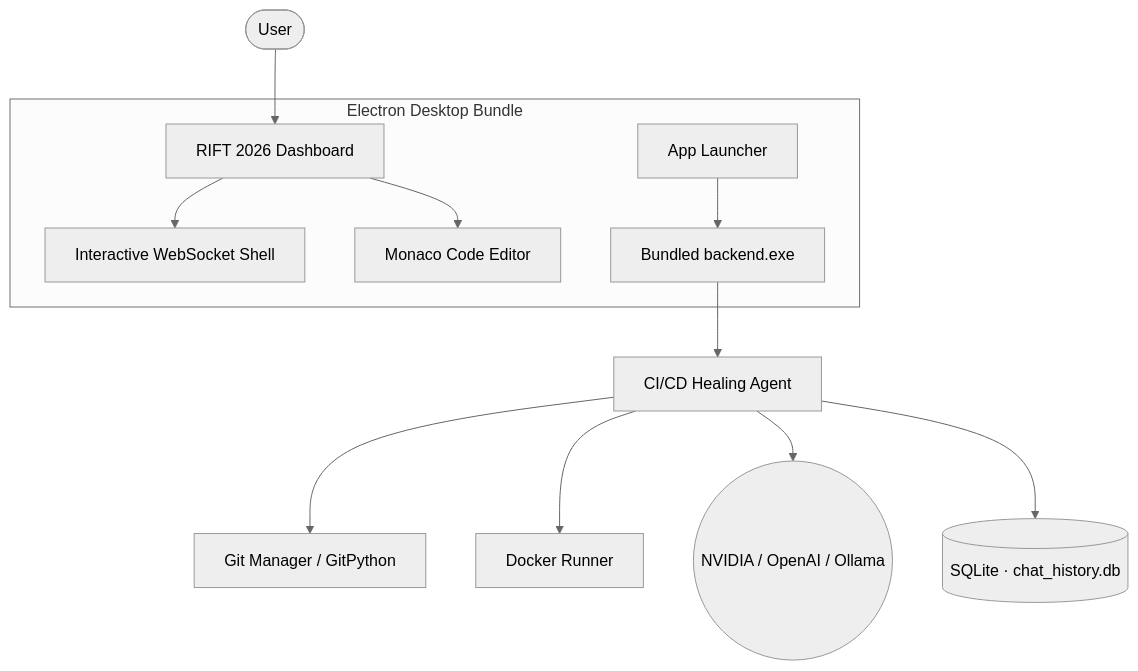
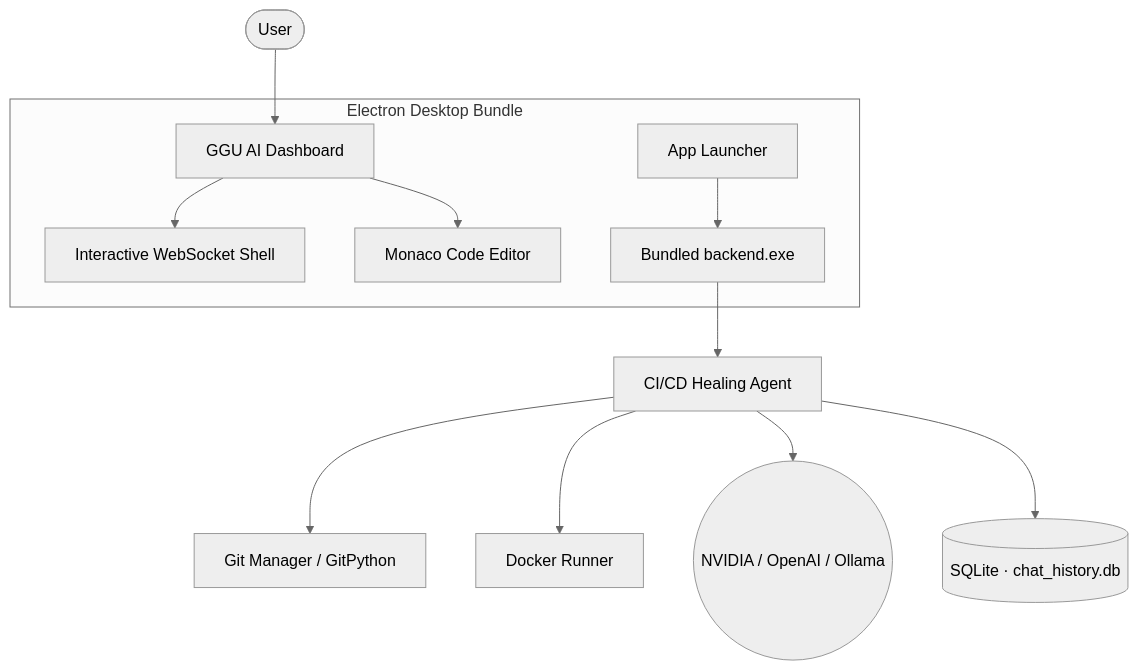
Before and after one commit to Pavankumarswamy/AI-agents: the diagram in README.md, drawn with Mermaid (neutral theme). The commit also changed other lines of this file and 12 other files, not shown here.

````diff
--- a/README.md
+++ b/README.md
@@ -83,14 +88,14 @@
 ```mermaid
 graph TD
-    User([User]) --> UI[RIFT 2026 Dashboard]
+    User([User]) --> UI[GGU AI Dashboard]
     subgraph Electron Desktop Bundle
         UI --> Terminal[Interactive WebSocket Shell]
         UI --> Editor[Monaco Code Editor]
         Launcher[App Launcher] --> Backend[Bundled backend.exe]
     end
     Backend --> Agent[CI/CD Healing Agent]
     Agent --> Git[Git Manager / GitPython]
     Agent --> Docker[Docker Runner]
     Agent --> LLM((NVIDIA / OpenAI / Ollama))
     Agent --> DB[(SQLite · chat_history.db)]
 ```
````
